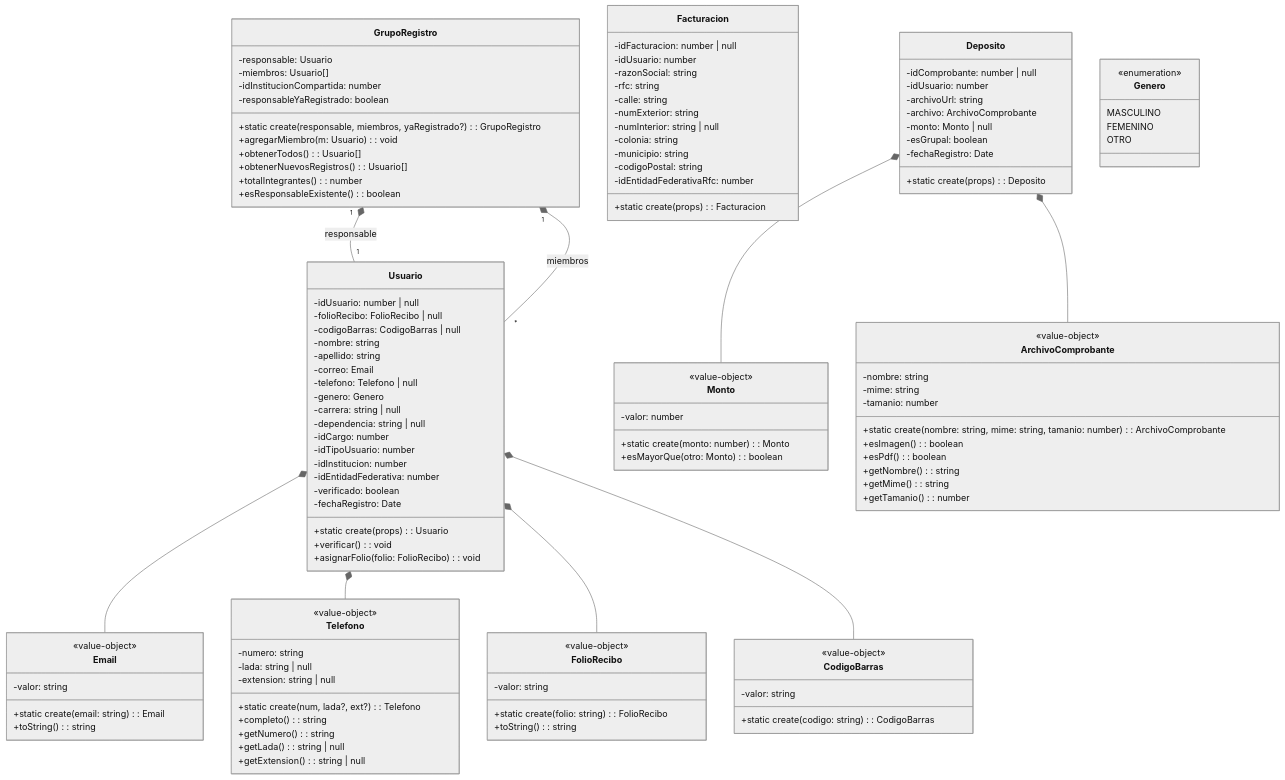
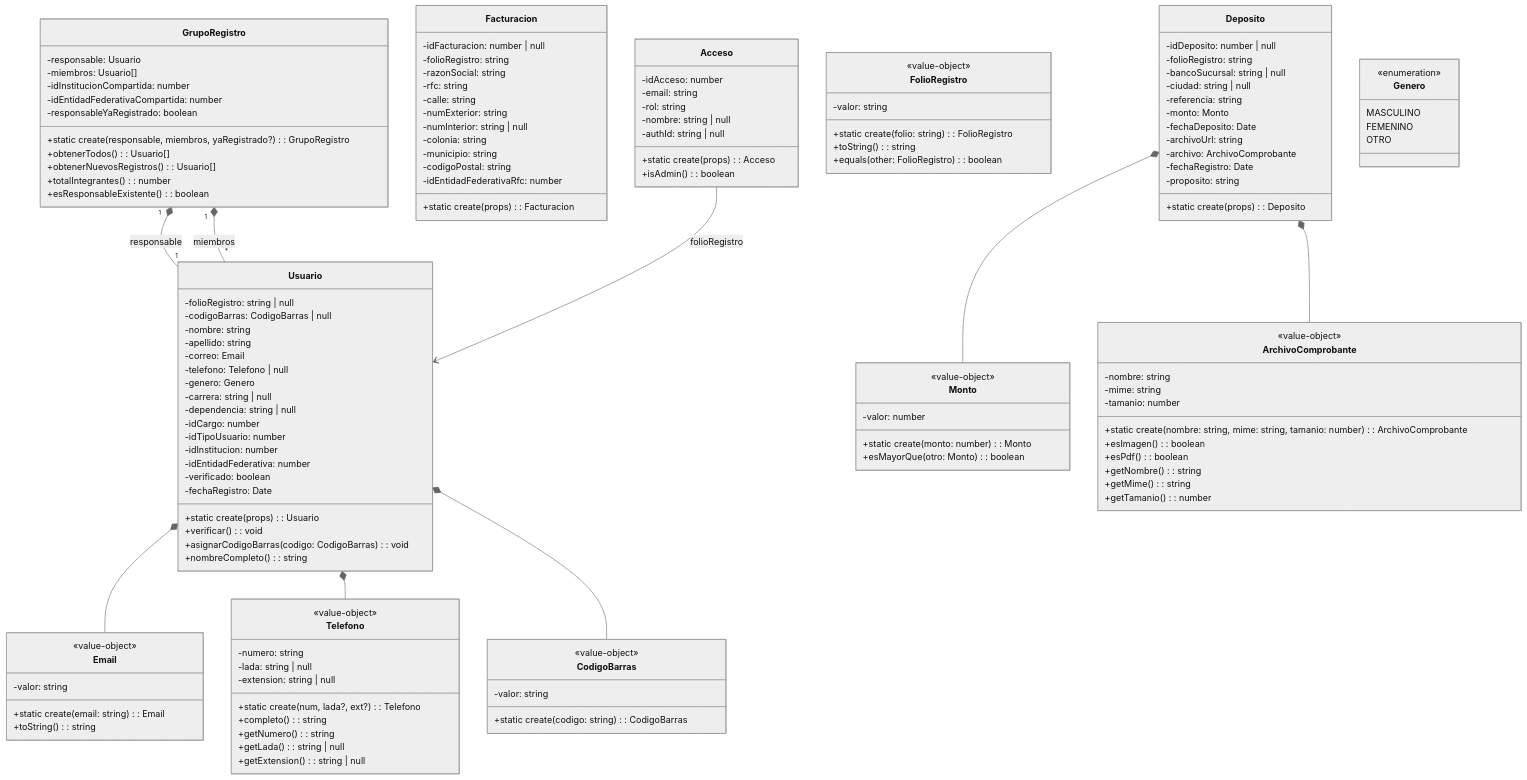
Before and after one commit to iKinoo/aniei-registro-2026: the second of 14 diagrams in docs/DESIGN.md, drawn with Mermaid (neutral theme). The commit also changed other lines of this file and 3 other files, not shown here.

````diff
--- a/docs/DESIGN.md
+++ b/docs/DESIGN.md
@@ -312,8 +383,7 @@
 ```mermaid
 classDiagram
     class Usuario {
-        -idUsuario: number | null
-        -folioRecibo: FolioRecibo | null
+        -folioRegistro: string | null
         -codigoBarras: CodigoBarras | null
         -nombre: string
         -apellido: string
@@ -330,23 +400,28 @@
         -fechaRegistro: Date
         +static create(props): Usuario
         +verificar(): void
-        +asignarFolio(folio: FolioRecibo): void
+        +asignarCodigoBarras(codigo: CodigoBarras): void
+        +nombreCompleto(): string
     }
 
     class Deposito {
-        -idComprobante: number | null
-        -idUsuario: number
+        -idDeposito: number | null
+        -folioRegistro: string
+        -bancoSucursal: string | null
+        -ciudad: string | null
+        -referencia: string
+        -monto: Monto
+        -fechaDeposito: Date
         -archivoUrl: string
         -archivo: ArchivoComprobante
-        -monto: Monto | null
-        -esGrupal: boolean
         -fechaRegistro: Date
+        -proposito: string
         +static create(props): Deposito
     }
 
     class Facturacion {
         -idFacturacion: number | null
-        -idUsuario: number
+        -folioRegistro: string
         -razonSocial: string
         -rfc: string
         -calle: string
@@ -363,9 +438,9 @@
         -responsable: Usuario
         -miembros: Usuario[]
         -idInstitucionCompartida: number
+        -idEntidadFederativaCompartida: number
         -responsableYaRegistrado: boolean
         +static create(responsable, miembros, yaRegistrado?): GrupoRegistro
-        +agregarMiembro(m: Usuario): void
         +obtenerTodos(): Usuario[]
         +obtenerNuevosRegistros(): Usuario[]
         +totalIntegrantes(): number
@@ -379,11 +454,12 @@
         +toString(): string
     }
 
-    class FolioRecibo {
+    class FolioRegistro {
         <<value-object>>
         -valor: string
-        +static create(folio: string): FolioRecibo
+        +static create(folio: string): FolioRegistro
         +toString(): string
+        +equals(other: FolioRegistro): boolean
     }
 
     class CodigoBarras {
@@ -424,6 +500,16 @@
         +getExtension(): string | null
     }
 
+    class Acceso {
+        -idAcceso: number
+        -email: string
+        -rol: string
+        -nombre: string | null
+        -authId: string | null
+        +static create(props): Acceso
+        +isAdmin(): boolean
+    }
+
     class Genero {
         <<enumeration>>
         MASCULINO
@@ -433,10 +519,10 @@
 
     Usuario *-- Email
     Usuario *-- Telefono
-    Usuario *-- FolioRecibo
     Usuario *-- CodigoBarras
     Deposito *-- Monto
     Deposito *-- ArchivoComprobante
     GrupoRegistro "1" *-- "1" Usuario : responsable
     GrupoRegistro "1" *-- "*" Usuario : miembros
+    Acceso --> Usuario : folioRegistro
 ```
````
